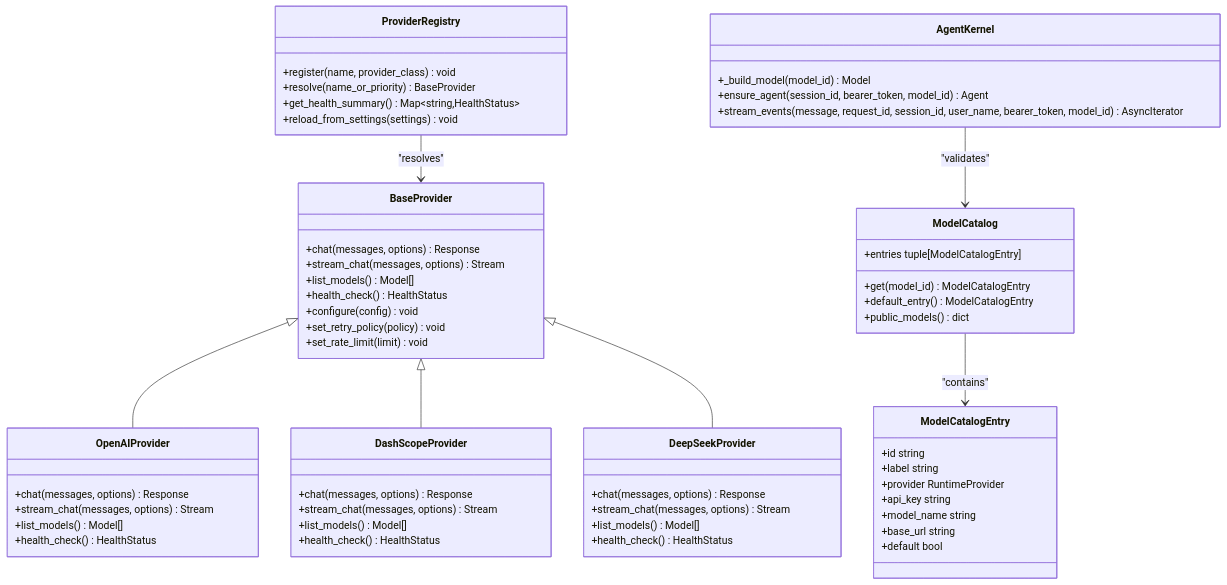
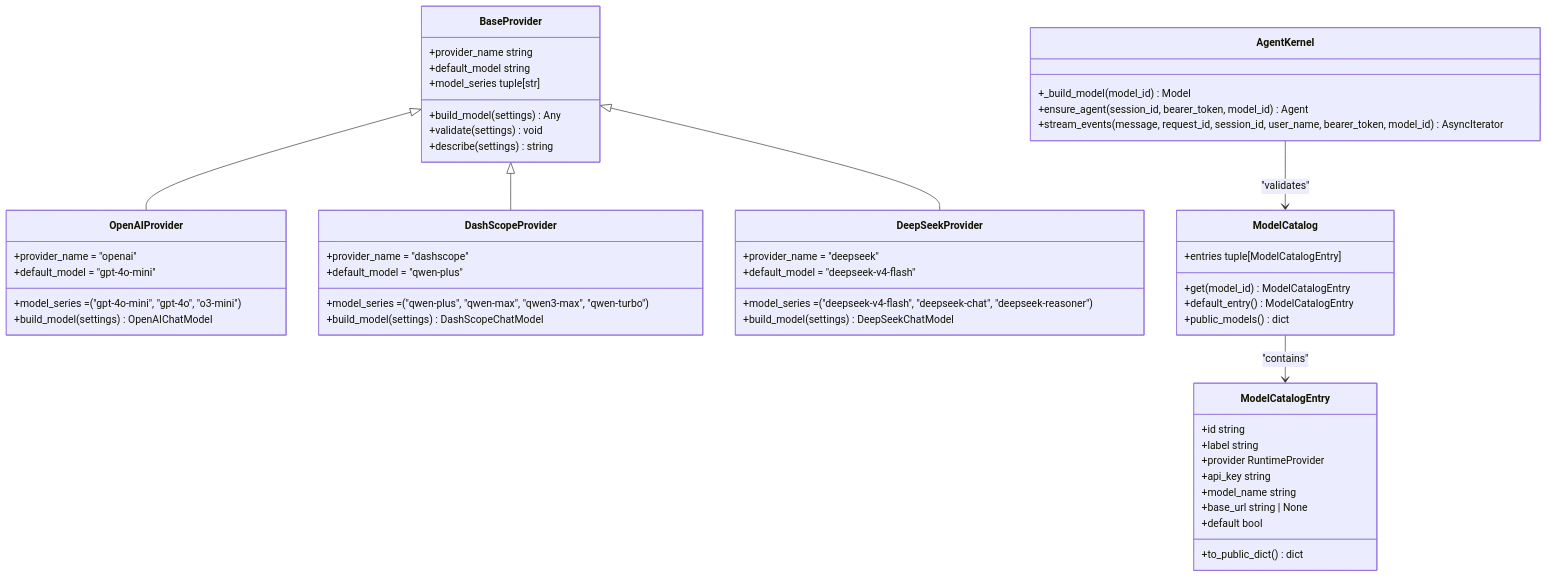
Before and after one commit to metasync/luban-aiops: the second of 6 diagrams in .qoder/repowiki/en/content/Agent Platform Service/Provider Registry and Multi-Provider Support.md, drawn with Mermaid. The commit also changed other lines of this file and 18 other files, not shown here.

````diff
--- a/.qoder/repowiki/en/content/Agent Platform Service/Provider Registry and Multi-Provider Support.md
+++ b/.qoder/repowiki/en/content/Agent Platform Service/Provider Registry and Multi-Provider Support.md
@@ -139,62 +140,55 @@
 ```mermaid
 classDiagram
 class BaseProvider {
-+chat(messages, options) Response
-+stream_chat(messages, options) Stream
-+list_models() Model[]
-+health_check() HealthStatus
-+configure(config) void
-+set_retry_policy(policy) void
-+set_rate_limit(limit) void
++provider_name string
++default_model string
++model_series tuple[str]
++build_model(settings) Any
++validate(settings) void
++describe(settings) string
 }
 class OpenAIProvider {
-+chat(messages, options) Response
-+stream_chat(messages, options) Stream
-+list_models() Model[]
-+health_check() HealthStatus
++provider_name = "openai"
++default_model = "gpt-4o-mini"
++model_series = ("gpt-4o-mini", "gpt-4o", "o3-mini")
++build_model(settings) OpenAIChatModel
 }
 class DashScopeProvider {
-+chat(messages, options) Response
-+stream_chat(messages, options) Stream
-+list_models() Model[]
-+health_check() HealthStatus
++provider_name = "dashscope"
++default_model = "qwen-plus"
++model_series = ("qwen-plus", "qwen-max", "qwen3-max", "qwen-turbo")
++build_model(settings) DashScopeChatModel
 }
 class DeepSeekProvider {
-+chat(messages, options) Response
-+stream_chat(messages, options) Stream
-+list_models() Model[]
-+health_check() HealthStatus
-}
-class ModelCatalog {
-+entries tuple[ModelCatalogEntry]
-+get(model_id) ModelCatalogEntry
-+default_entry() ModelCatalogEntry
-+public_models() dict
++provider_name = "deepseek"
++default_model = "deepseek-v4-flash"
++model_series = ("deepseek-v4-flash", "deepseek-chat", "deepseek-reasoner")
++build_model(settings) DeepSeekChatModel
 }
 class ModelCatalogEntry {
 +id string
 +label string
 +provider RuntimeProvider
 +api_key string
 +model_name string
-+base_url string
++base_url string | None
 +default bool
++to_public_dict() dict
 }
-class ProviderRegistry {
-+register(name, provider_class) void
-+resolve(name_or_priority) BaseProvider
-+get_health_summary() Map~string,HealthStatus~
-+reload_from_settings(settings) void
+class ModelCatalog {
++entries tuple[ModelCatalogEntry]
++get(model_id) ModelCatalogEntry
++default_entry() ModelCatalogEntry
++public_models() dict
 }
 class AgentKernel {
 +_build_model(model_id) Model
 +ensure_agent(session_id, bearer_token, model_id) Agent
 +stream_events(message, request_id, session_id, user_name, bearer_token, model_id) AsyncIterator
 }
 BaseProvider <|-- OpenAIProvider
 BaseProvider <|-- DashScopeProvider
 BaseProvider <|-- DeepSeekProvider
-ProviderRegistry --> BaseProvider : "resolves"
+ModelCatalog --> ModelCatalogEntry : "contains"
 AgentKernel --> ModelCatalog : "validates"
-ModelCatalog --> ModelCatalogEntry : "contains"
 ```
````
